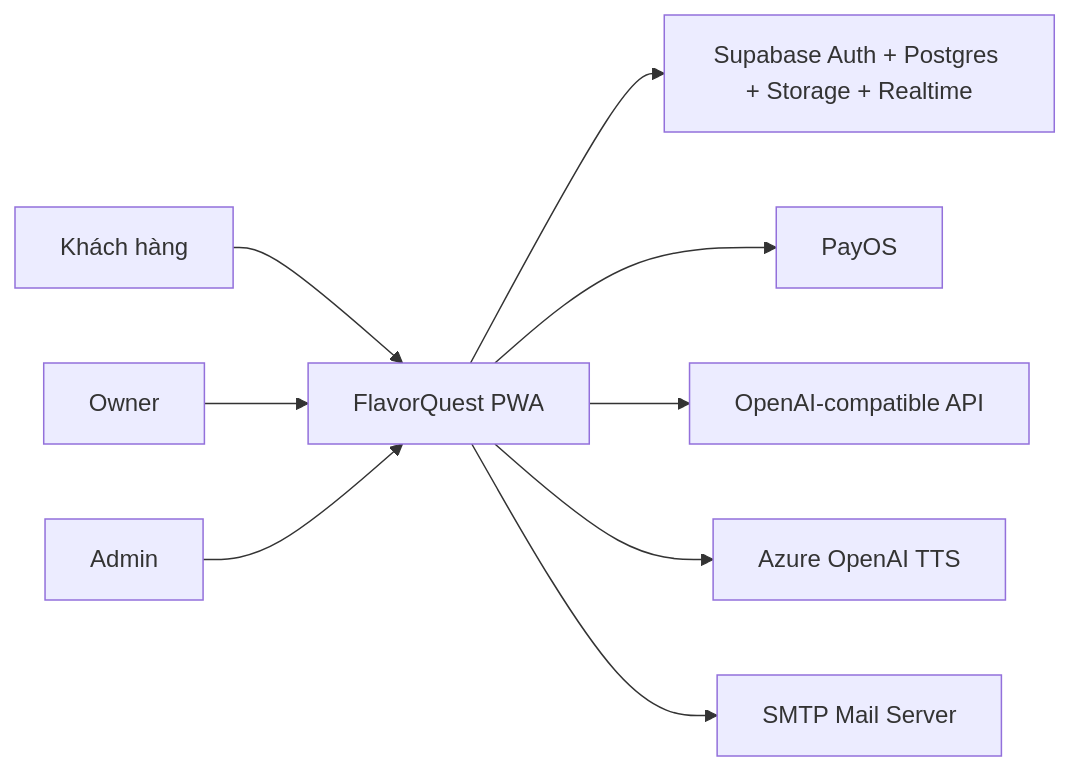
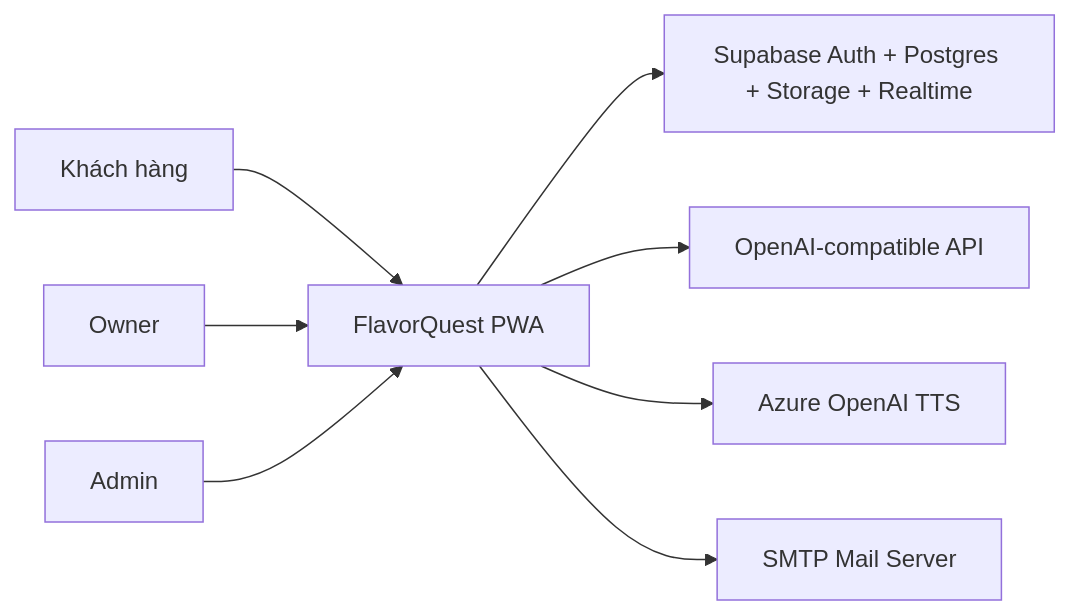
The first of 6 diagrams in docs/seminar-diagrams.md (zaikaman/FlavorQuest), drawn with Mermaid before and after one commit. The commit also changed other lines of this file and 38 other files, not shown here.

````diff
--- a/docs/seminar-diagrams.md
+++ b/docs/seminar-diagrams.md
@@ -7,12 +7,11 @@
 ```mermaid
 flowchart LR
   customer["Khách hàng"] --> app["FlavorQuest PWA"]
   owner["Owner"] --> app
   admin["Admin"] --> app
 
   app --> supabase["Supabase Auth + Postgres + Storage + Realtime"]
-  app --> payos["PayOS"]
   app --> ai["OpenAI-compatible API"]
   app --> tts["Azure OpenAI TTS"]
   app --> smtp["SMTP Mail Server"]
 ```
````
